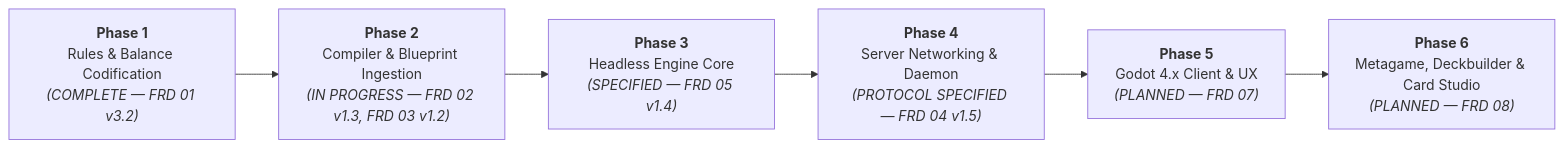
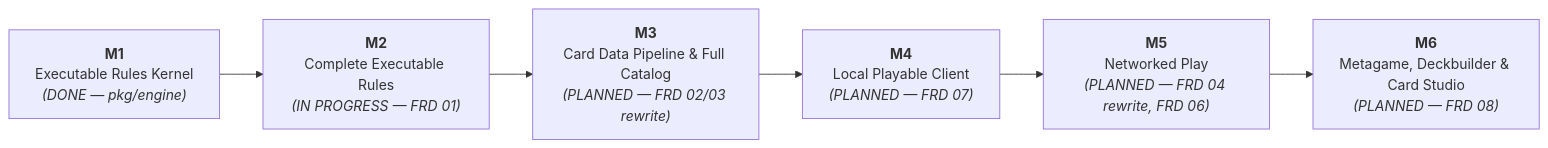
The diagram in docs/PRODUCT_SUMMARY.md (hailstorm01/animus-mundi), drawn with Mermaid before and after one commit. The commit also changed other lines of this file, not shown here.

First line of the commit message:
docs(product): reorder roadmap into playable milestones M1-M6

````diff
--- a/docs/PRODUCT_SUMMARY.md
+++ b/docs/PRODUCT_SUMMARY.md
@@ -212,11 +163,11 @@
 ```mermaid
 flowchart LR
-    Phase1["<b>Phase 1</b><br/>Rules & Balance Codification<br/><i>(COMPLETE — FRD 01 v3.2)</i>"]
-    Phase2["<b>Phase 2</b><br/>Compiler & Blueprint Ingestion<br/><i>(IN PROGRESS — FRD 02 v1.3, FRD 03 v1.2)</i>"]
-    Phase3["<b>Phase 3</b><br/>Headless Engine Core<br/><i>(SPECIFIED — FRD 05 v1.4)</i>"]
-    Phase4["<b>Phase 4</b><br/>Server Networking & Daemon<br/><i>(PROTOCOL SPECIFIED — FRD 04 v1.5)</i>"]
-    Phase5["<b>Phase 5</b><br/>Godot 4.x Client & UX<br/><i>(PLANNED — FRD 07)</i>"]
-    Phase6["<b>Phase 6</b><br/>Metagame, Deckbuilder & Card Studio<br/><i>(PLANNED — FRD 08)</i>"]
+    M1["<b>M1</b><br/>Executable Rules Kernel<br/><i>(DONE — pkg/engine)</i>"]
+    M2["<b>M2</b><br/>Complete Executable Rules<br/><i>(IN PROGRESS — FRD 01)</i>"]
+    M3["<b>M3</b><br/>Card Data Pipeline & Full Catalog<br/><i>(PLANNED — FRD 02/03 rewrite)</i>"]
+    M4["<b>M4</b><br/>Local Playable Client<br/><i>(PLANNED — FRD 07)</i>"]
+    M5["<b>M5</b><br/>Networked Play<br/><i>(PLANNED — FRD 04 rewrite, FRD 06)</i>"]
+    M6["<b>M6</b><br/>Metagame, Deckbuilder & Card Studio<br/><i>(PLANNED — FRD 08)</i>"]
 
-    Phase1 --> Phase2 --> Phase3 --> Phase4 --> Phase5 --> Phase6
+    M1 --> M2 --> M3 --> M4 --> M5 --> M6
 ```
````
